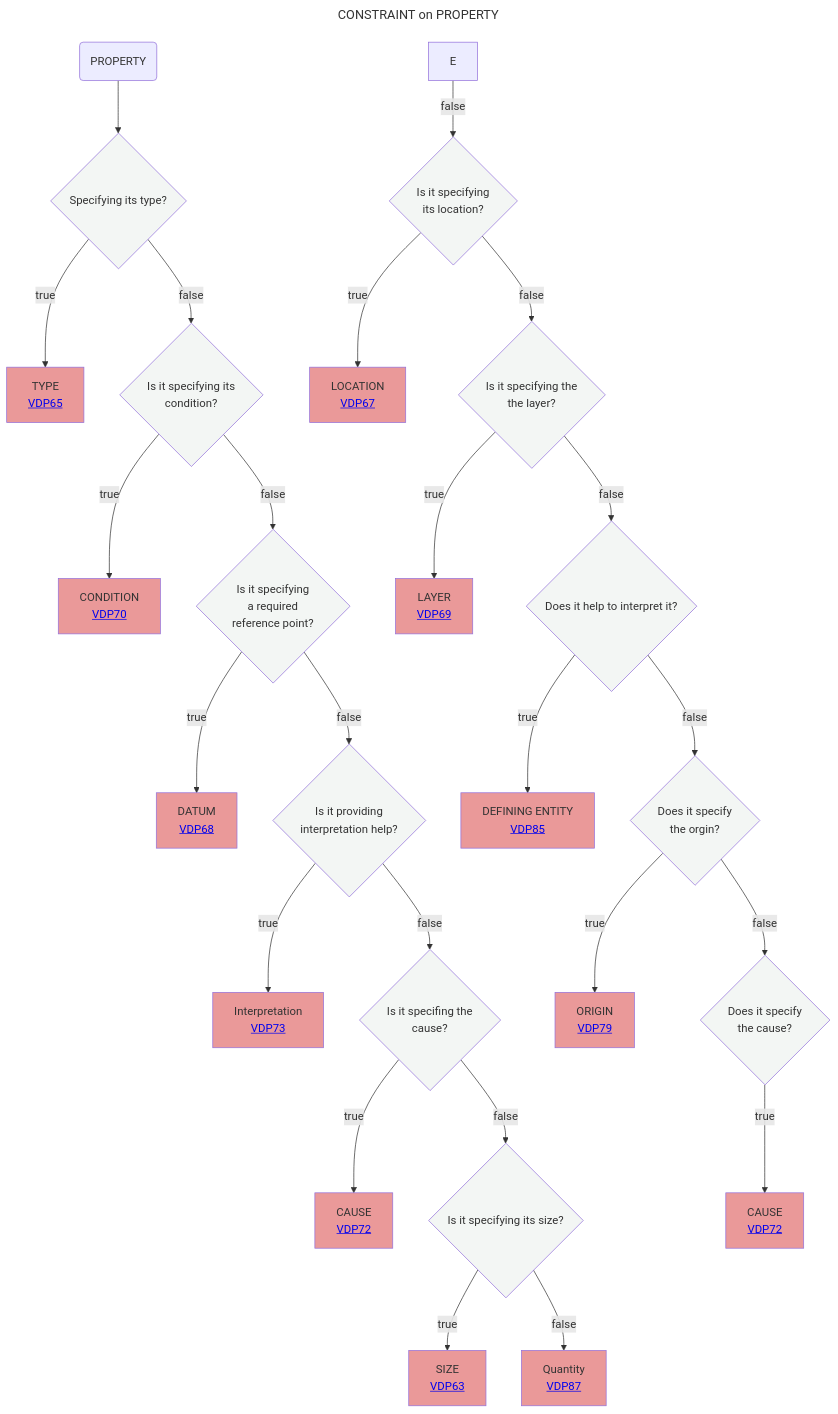
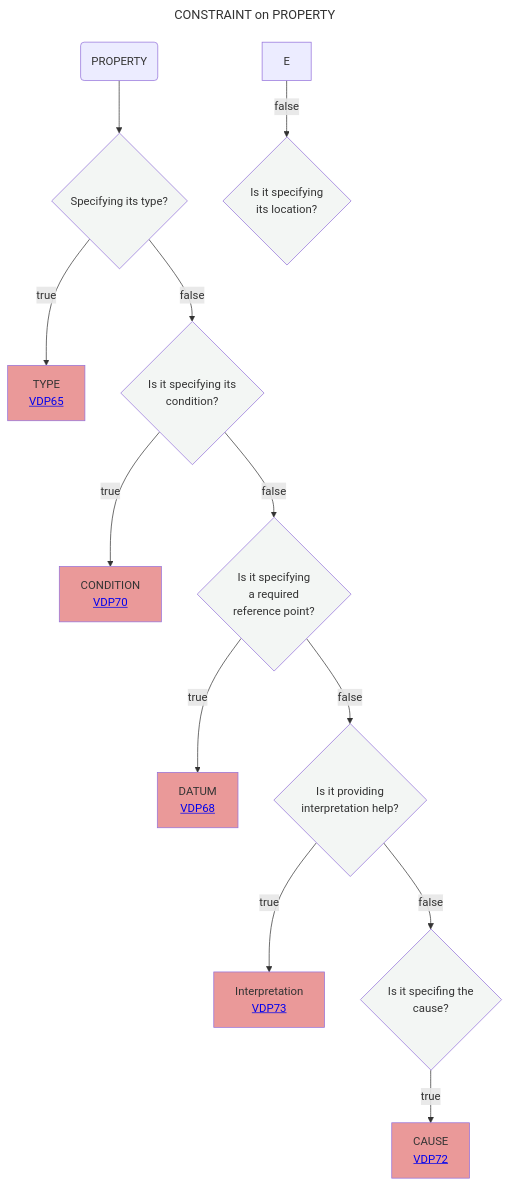
The diagram in Decisition_trees/DT9.mmd (mabablue/I-ADOPT-patterns-playground), drawn with Mermaid before and after one commit.

```diff
--- a/Decisition_trees/DT9.mmd
+++ b/Decisition_trees/DT9.mmd
@@ -1,32 +1,20 @@
 ---
 title: CONSTRAINT on PROPERTY
 ---
 flowchart TD
     A(PROPERTY)  --> B{Specifying its type?}:::white
     B --> |true|C[TYPE <br> <a href='https://github.com/mabablue/I-ADOPT-patterns-playground/blob/main/pattern/VDP65.yaml'>VDP65</a>]:::rose
     B --> |false|G{Is it specifying its <br> condition?}:::white
     E --> |false|R{Is it specifying <br> its location?}:::white
     G --> |true|H[CONDITION <br> <a href='https://github.com/mabablue/I-ADOPT-patterns-playground/blob/main/pattern/VDP70.yaml'>VDP70</a>]:::rose
     G --> |false|I{Is it specifying <br> a required <br> reference point?}:::white
     I --> |true|K[DATUM <br> <a href='https://github.com/mabablue/I-ADOPT-patterns-playground/blob/main/pattern/VDP68.yaml'>VDP68</a>]:::rose
     I --> |false|L{Is it providing <br> interpretation help?}:::white
     L --> |true|M[Interpretation <br> <a href='https://github.com/mabablue/I-ADOPT-patterns-playground/blob/main/pattern/VDP73.yaml'>VDP73</a>]:::rose
     L --> |false|N{Is it specifing the <br> cause?}:::white
     N --> |true|O[CAUSE<br> <a href='https://github.com/mabablue/I-ADOPT-patterns-playground/blob/main/pattern/VDP72.yaml'>VDP72</a>]:::rose
-    N --> |false|P{Is it specifying its size?}:::white
-    P --> |true|Q[SIZE <br> <a href='https://github.com/mabablue/I-ADOPT-patterns-playground/blob/main/pattern/VDP63.yaml'>VDP63</a>]:::rose
-    P --> |false|QR[Quantity <br> <a href='https://github.com/mabablue/I-ADOPT-patterns-playground/blob/main/pattern/VDP87.yaml'>VDP87</a>]:::rose 
-    R --> |true|S[LOCATION <br> <a href='https://github.com/mabablue/I-ADOPT-patterns-playground/blob/main/pattern/VDP67.yaml'>VDP67</a>]:::rose 
-    R --> |false|T{Is it specifying the <br> the layer?}:::white
-    T --> |true|U[LAYER <br> <a href='https://github.com/mabablue/I-ADOPT-patterns-playground/blob/main/pattern/VDP69.yaml'>VDP69</a>]:::rose
-    T --> |false|V{Does it help to interpret it?}:::white
-    V --> |true|W[DEFINING ENTITY <br> <a href='https://github.com/mabablue/I-ADOPT-patterns-playground/blob/main/pattern/VDP85.yaml'>VDP85</a>]:::rose
-    V --> |false|VW{Does it specify <br> the orgin?}:::white
-    VW --> |true|WV[ORIGIN <br> <a href='https://github.com/mabablue/I-ADOPT-patterns-playground/blob/main/pattern/VDP79.yaml'>VDP79</a>]:::rose
-    VW --> |false|X{Does it specify <br> the cause?}:::white
-    X --> |true|Y[CAUSE <br> <a href='https://github.com/mabablue/I-ADOPT-patterns-playground/blob/main/pattern/VDP72.yaml'>VDP72</a>]:::rose
    classDef blue fill:#90D5FF
    classDef satblue fill:#57B9FF 
    classDef white fill:#f3f6f4
    classDef green fill:#6aa84f
    classDef rose fill:#ea9999
```
